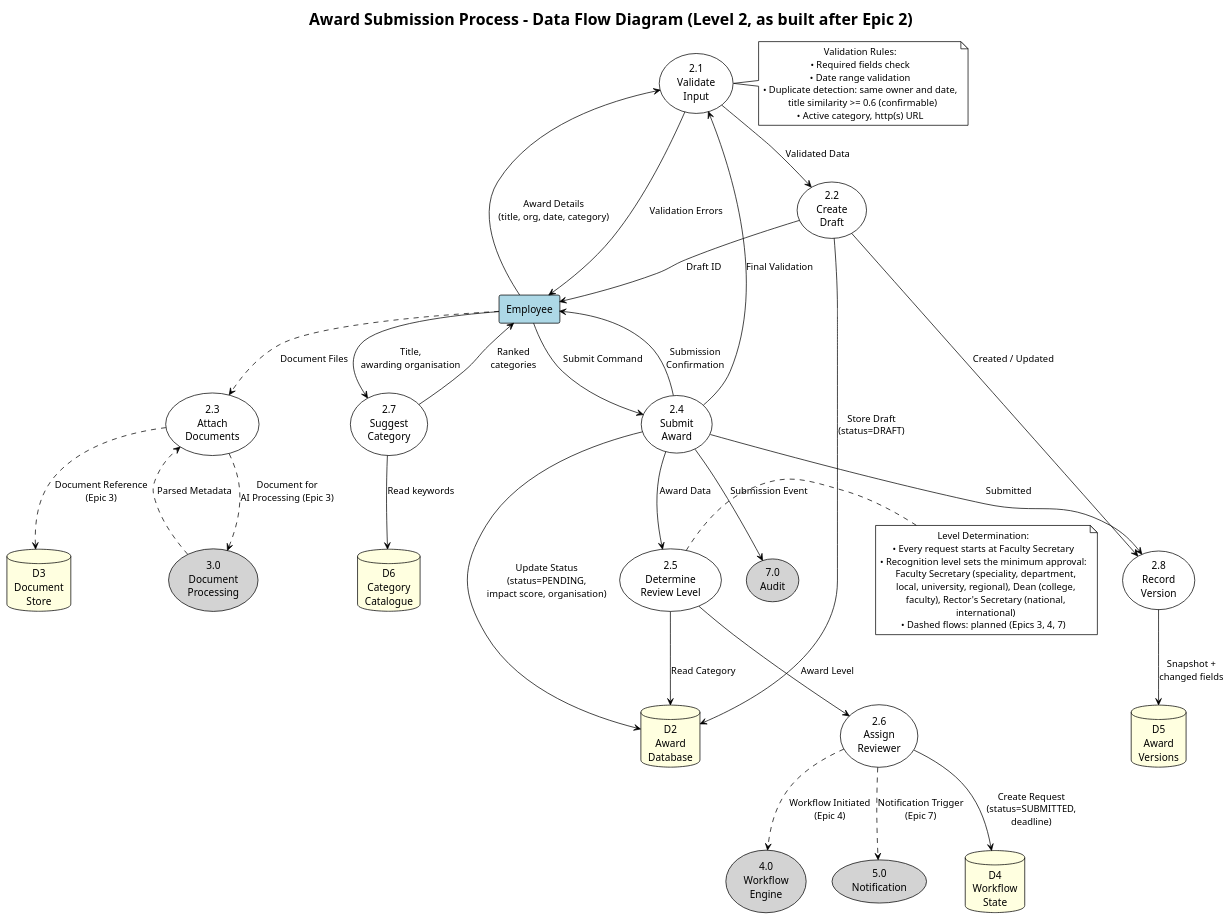
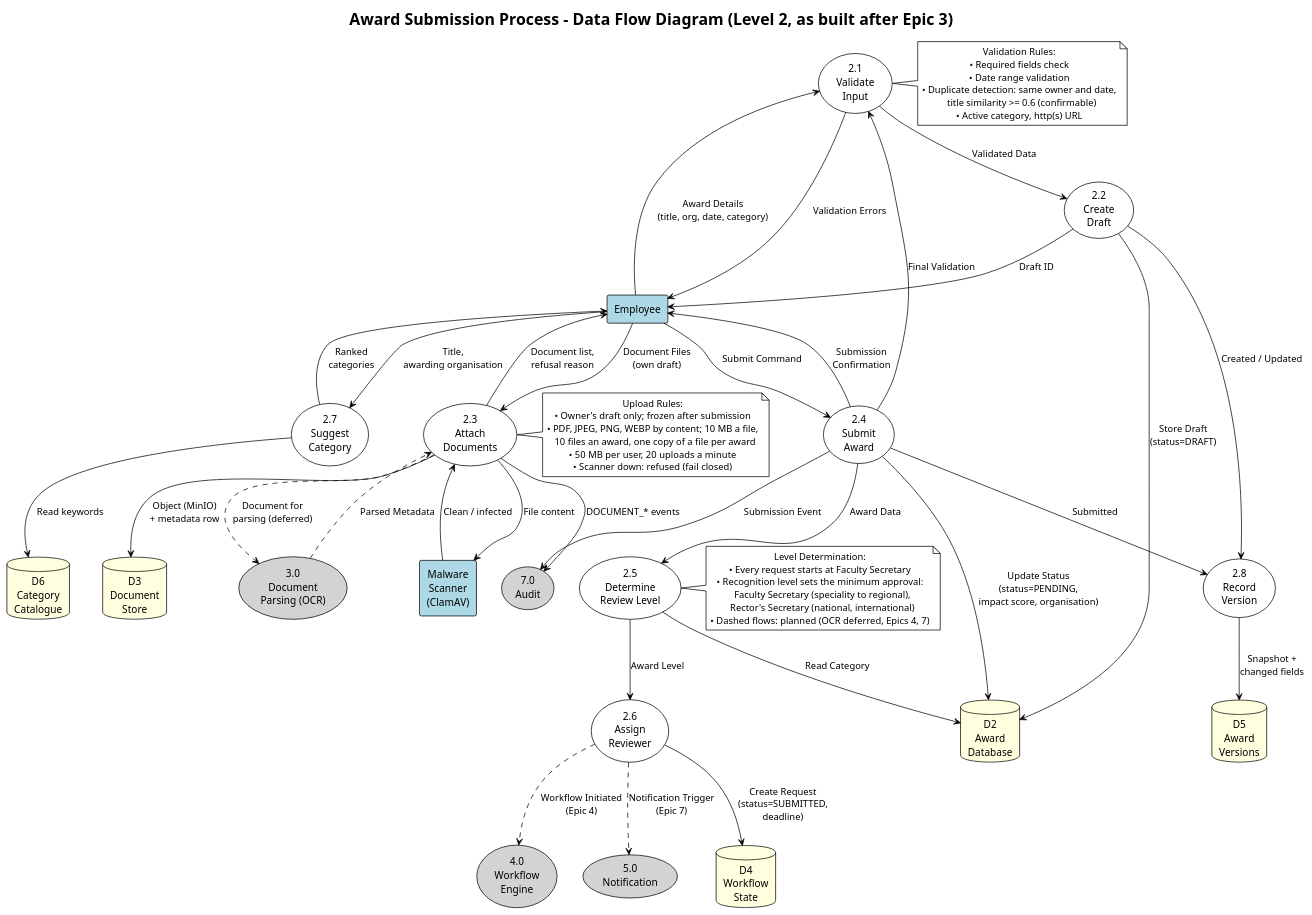
One commit to StKostyk/award-monitoring-system changed the diagram in docs/diagrams/data-flow/dfd-level2-award-submission.puml. Above: the diagram before and after it, drawn with PlantUML. The commit also changed 55 other files, not shown here.

First line of the commit message:
docs: reconcile documentation with the code after Epic 3

```diff
--- a/docs/diagrams/data-flow/dfd-level2-award-submission.puml
+++ b/docs/diagrams/data-flow/dfd-level2-award-submission.puml
@@ -1,92 +1,103 @@
 @startuml DFD_Level2_Award_Submission
 !theme plain
 skinparam defaultTextAlignment center
 
-title Award Submission Process - Data Flow Diagram (Level 2, as built after Epic 2)
+title Award Submission Process - Data Flow Diagram (Level 2, as built after Epic 3)
 
 ' External Entity
 rectangle "Employee" as employee #LightBlue
 
 ' Sub-processes of Award Submission (2.0)
 usecase "2.1\nValidate\nInput" as P21 #White
 usecase "2.2\nCreate\nDraft" as P22 #White
 usecase "2.3\nAttach\nDocuments" as P23 #White
 usecase "2.4\nSubmit\nAward" as P24 #White
 usecase "2.5\nDetermine\nReview Level" as P25 #White
 usecase "2.6\nAssign\nReviewer" as P26 #White
 usecase "2.7\nSuggest\nCategory" as P27 #White
 usecase "2.8\nRecord\nVersion" as P28 #White
 
 ' Connected Processes
-usecase "3.0\nDocument\nProcessing" as P3 #LightGray
+usecase "3.0\nDocument\nParsing (OCR)" as P3 #LightGray
 usecase "4.0\nWorkflow\nEngine" as P4 #LightGray
 usecase "5.0\nNotification" as P5 #LightGray
 usecase "7.0\nAudit" as P7 #LightGray
 
 ' Data Stores
 database "D2\nAward\nDatabase" as D2 #LightYellow
 database "D3\nDocument\nStore" as D3 #LightYellow
+rectangle "Malware\nScanner\n(ClamAV)" as SCAN #LightBlue
 database "D4\nWorkflow\nState" as D4 #LightYellow
 database "D5\nAward\nVersions" as D5 #LightYellow
 database "D6\nCategory\nCatalogue" as D6 #LightYellow
 
 ' Employee Flows
 employee --> P21 : Award Details\n(title, org, date, category)
 P22 --> employee : Draft ID
 P24 --> employee : Submission\nConfirmation
 
 ' Internal Process Flows
 P21 --> P22 : Validated Data
 P21 --> employee : Validation Errors
 
 P22 --> D2 : Store Draft\n(status=DRAFT)
 P22 --> P28 : Created / Updated
 P28 --> D5 : Snapshot +\nchanged fields
 
 employee --> P27 : Title,\nawarding organisation
 P27 --> D6 : Read keywords
 P27 --> employee : Ranked\ncategories
 
-P23 ..> D3 : Document Reference\n(Epic 3)
-P23 ..> P3 : Document for\nAI Processing (Epic 3)
+employee --> P23 : Document Files\n(own draft)
+P23 --> SCAN : File content
+SCAN --> P23 : Clean / infected
+P23 --> D3 : Object (MinIO)\n+ metadata row
+P23 --> employee : Document list,\nrefusal reason
+P23 --> P7 : DOCUMENT_* events
+P23 ..> P3 : Document for\nparsing (deferred)
 P3 ..> P23 : Parsed Metadata
-
-employee ..> P23 : Document Files
 employee --> P24 : Submit Command
 
 P24 --> P21 : Final Validation
 P24 --> D2 : Update Status\n(status=PENDING,\nimpact score, organisation)
 P24 --> P28 : Submitted
 P24 --> P25 : Award Data
 
 P25 --> D2 : Read Category
 P25 --> P26 : Award Level
 
 P26 --> D4 : Create Request\n(status=SUBMITTED,\ndeadline)
 P26 ..> P4 : Workflow Initiated\n(Epic 4)
 P26 ..> P5 : Notification Trigger\n(Epic 7)
 
 P24 --> P7 : Submission Event
 
 ' Notes
 note right of P21
     Validation Rules:
     • Required fields check
     • Date range validation
     • Duplicate detection: same owner and date,
       title similarity >= 0.6 (confirmable)
     • Active category, http(s) URL
 end note
 
+note right of P23
+    Upload Rules:
+    • Owner's draft only; frozen after submission
+    • PDF, JPEG, PNG, WEBP by content; 10 MB a file,
+      10 files an award, one copy of a file per award
+    • 50 MB per user, 20 uploads a minute
+    • Scanner down: refused (fail closed)
+end note
+
 note right of P25
     Level Determination:
     • Every request starts at Faculty Secretary
     • Recognition level sets the minimum approval:
-      Faculty Secretary (speciality, department,
-      local, university, regional), Dean (college,
-      faculty), Rector's Secretary (national,
-      international)
-    • Dashed flows: planned (Epics 3, 4, 7)
+      Faculty Secretary (speciality to regional),
+      Rector's Secretary (national, international)
+    • Dashed flows: planned (OCR deferred, Epics 4, 7)
 end note
 
 @enduml
```
